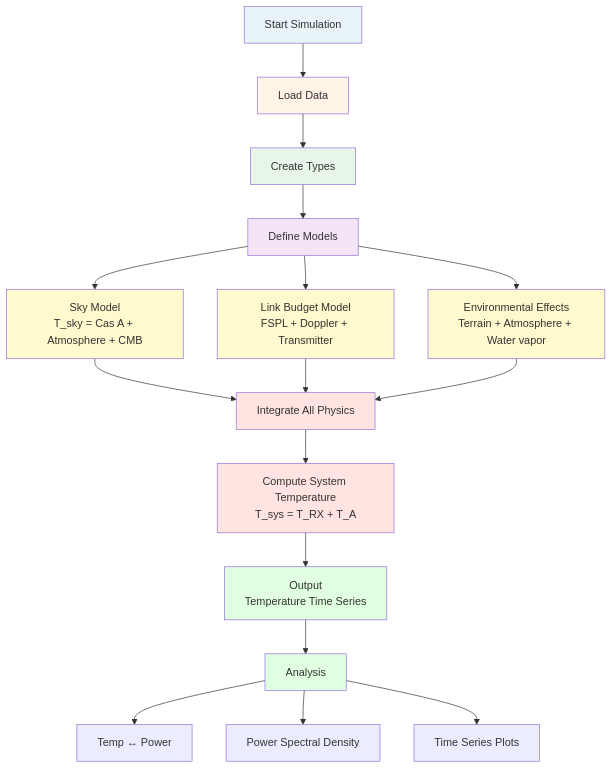
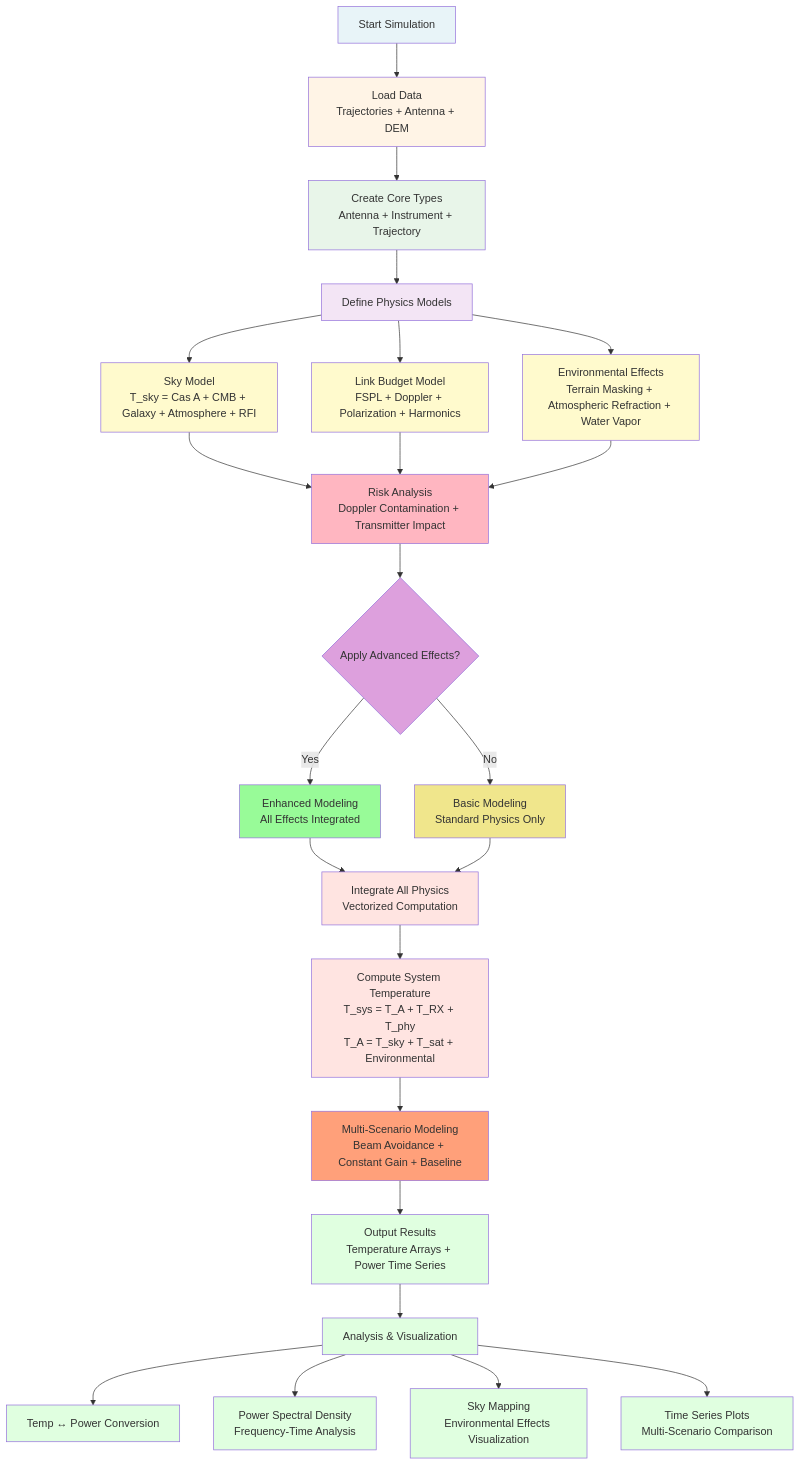
Before and after one commit to spectrumx/RSC-SIM: the fifth of 7 diagrams in Documentation/ARCHITECTURE_MERMAID.md, drawn with Mermaid. The commit also changed other lines of this file, not shown here.

````diff
--- a/Documentation/ARCHITECTURE_MERMAID.md
+++ b/Documentation/ARCHITECTURE_MERMAID.md
@@ -207,36 +230,55 @@
 ```mermaid
 flowchart TD
-    Start[Start Simulation] --> LoadData[Load Data]
+    Start[Start Simulation] --> LoadData[Load Data<br/>Trajectories + Antenna + DEM]
     
-    LoadData --> CreateTypes[Create Types]
-    CreateTypes --> DefineModels[Define Models]
+    LoadData --> CreateTypes[Create Core Types<br/>Antenna + Instrument + Trajectory]
+    CreateTypes --> DefineModels[Define Physics Models]
     
-    DefineModels --> SkyModel[Sky Model<br/>T_sky = Cas A + Atmosphere + CMB]
-    DefineModels --> LinkBudget[Link Budget Model<br/>FSPL + Doppler + Transmitter]
-    DefineModels --> EnvEffects[Environmental Effects<br/>Terrain + Atmosphere + Water vapor]
+    DefineModels --> SkyModel[Sky Model<br/>T_sky = Cas A + CMB + Galaxy + Atmosphere + RFI]
+    DefineModels --> LinkBudget[Link Budget Model<br/>FSPL + Doppler + Polarization + Harmonics]
+    DefineModels --> EnvEffects[Environmental Effects<br/>Terrain Masking + Atmospheric Refraction + Water Vapor]
     
-    SkyModel --> Integrate[Integrate All Physics]
-    LinkBudget --> Integrate
-    EnvEffects --> Integrate
+    SkyModel --> RiskAnalysis[Risk Analysis<br/>Doppler Contamination + Transmitter Impact]
+    LinkBudget --> RiskAnalysis
+    EnvEffects --> RiskAnalysis
     
-    Integrate --> Compute[Compute System Temperature<br/>T_sys = T_RX + T_A]
+    RiskAnalysis --> Decision{Apply Advanced Effects?}
+    Decision -->|Yes| EnhancedModel[Enhanced Modeling<br/>All Effects Integrated]
+    Decision -->|No| BasicModel[Basic Modeling<br/>Standard Physics Only]
     
-    Compute --> Output[Output<br/>Temperature Time Series]
+    EnhancedModel --> Integrate[Integrate All Physics<br/>Vectorized Computation]
+    BasicModel --> Integrate
     
-    Output --> Analyze[Analysis]
-    Analyze --> TempPower[Temp ↔ Power]
-    Analyze --> PSD[Power Spectral Density]
-    Analyze --> Plots[Time Series Plots]
+    Integrate --> Compute[Compute System Temperature<br/>T_sys = T_A + T_RX + T_phy<br/>T_A = T_sky + T_sat + Environmental]
+    
+    Compute --> MultiScenario[Multi-Scenario Modeling<br/>Beam Avoidance + Constant Gain + Baseline]
+    
+    MultiScenario --> Output[Output Results<br/>Temperature Arrays + Power Time Series]
+    
+    Output --> Analyze[Analysis & Visualization]
+    Analyze --> TempPower[Temp ↔ Power Conversion]
+    Analyze --> PSD[Power Spectral Density<br/>Frequency-Time Analysis]
+    Analyze --> SkyMap[Sky Mapping<br/>Environmental Effects Visualization]
+    Analyze --> Plots[Time Series Plots<br/>Multi-Scenario Comparison]
     
     style Start fill:#E8F4F8
     style LoadData fill:#FFF4E6
     style CreateTypes fill:#E8F5E9
     style DefineModels fill:#F3E5F5
     style SkyModel fill:#FFFACD
     style LinkBudget fill:#FFFACD
     style EnvEffects fill:#FFFACD
+    style RiskAnalysis fill:#FFB6C1
+    style Decision fill:#DDA0DD
+    style EnhancedModel fill:#98FB98
+    style BasicModel fill:#F0E68C
     style Integrate fill:#FFE4E1
     style Compute fill:#FFE4E1
+    style MultiScenario fill:#FFA07A
     style Output fill:#E0FFE0
     style Analyze fill:#E0FFE0
+    style TempPower fill:#E0FFE0
+    style PSD fill:#E0FFE0
+    style SkyMap fill:#E0FFE0
+    style Plots fill:#E0FFE0
 ```
````
